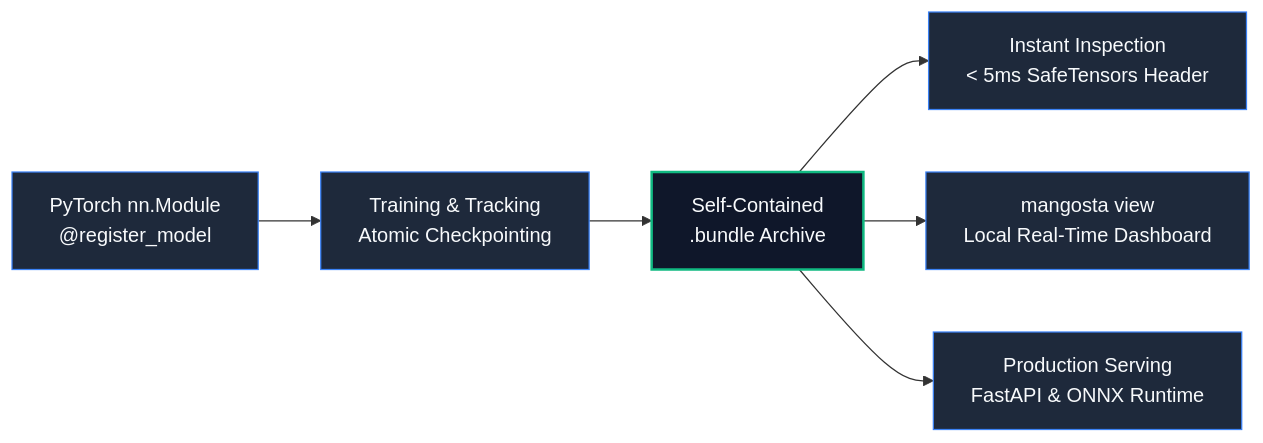
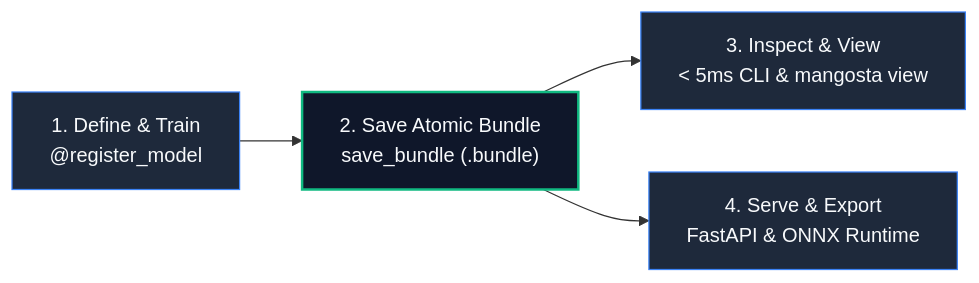
Before and after one commit to yeriel/mangosta: the diagram in docs/content/index.md, drawn with Mermaid. The commit also changed other lines of this file and 3 other files, not shown here.

````diff
--- a/docs/content/index.md
+++ b/docs/content/index.md
@@ -14,12 +12,10 @@
 ```mermaid
 flowchart LR
-    A["PyTorch nn.Module\n@register_model"] --> B["Training & Tracking\nAtomic Checkpointing"]
-    B --> C["Self-Contained\n.bundle Archive"]
-    C --> D["Instant Inspection\n< 5ms SafeTensors Header"]
-    C --> E["mangosta view\nLocal Real-Time Dashboard"]
-    C --> F["Production Serving\nFastAPI & ONNX Runtime"]
+    A["1. Define & Train\n@register_model"] --> B["2. Save Atomic Bundle\nsave_bundle (.bundle)"]
+    B --> C["3. Inspect & View\n< 5ms CLI & mangosta view"]
+    B --> D["4. Serve & Export\nFastAPI & ONNX Runtime"]
 
     classDef default fill:#1e293b,stroke:#3b82f6,stroke-width:1px,color:#f8fafc;
     classDef highlight fill:#0f172a,stroke:#10b981,stroke-width:2px,color:#f8fafc;
-    class C highlight;
+    class B highlight;
 ```
````
